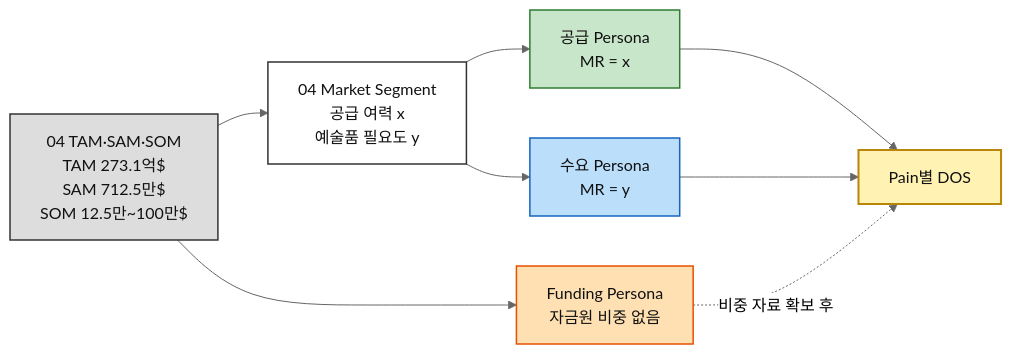
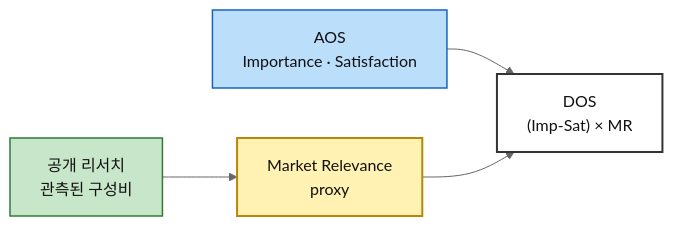
One commit to ahalenin12-art/business_research changed the first of 2 diagrams in 06-opportunity-score/분석-03-예술품-재분배-플랫폼-DOS.md. Above: the diagram before and after it, drawn with Mermaid (neutral theme). The commit also changed other lines of this file, not shown here.

````diff
--- a/06-opportunity-score/분석-03-예술품-재분배-플랫폼-DOS.md
+++ b/06-opportunity-score/분석-03-예술품-재분배-플랫폼-DOS.md
@@ -25,22 +25,15 @@
 ```mermaid
 flowchart LR
-    A["04 TAM·SAM·SOM<br/>TAM 273.1억$<br/>SAM 712.5만$<br/>SOM 12.5만~100만$"]:::t
-    B["04 Market Segment<br/>공급 여력 x<br/>예술품 필요도 y"]:::m
-    C["공급 Persona<br/>MR = x"]:::s
-    D["수요 Persona<br/>MR = y"]:::d
-    E["Funding Persona<br/>자금원 비중 없음"]:::f
-    F["Pain별 DOS"]:::r
+    A["AOS<br/>Importance · Satisfaction"]:::a
+    B["공개 리서치<br/>관측된 구성비"]:::b
+    C["Market Relevance<br/>proxy"]:::c
+    D["DOS<br/>(Imp-Sat) × MR"]:::d
 
-    A --> B
-    B --> C --> F
-    B --> D --> F
-    A --> E
-    E -.->|"비중 자료 확보 후"| F
+    A --> D
+    B --> C --> D
 
-    classDef t fill:#DDDDDD,stroke:#333,stroke-width:1.5px,color:#111;
-    classDef m fill:#FFFFFF,stroke:#333,stroke-width:1.5px,color:#111;
-    classDef s fill:#C8E6C9,stroke:#2E7D32,stroke-width:1.5px,color:#111;
-    classDef d fill:#BBDEFB,stroke:#1565C0,stroke-width:1.5px,color:#111;
-    classDef f fill:#FFE0B2,stroke:#E65100,stroke-width:1.5px,color:#111;
-    classDef r fill:#FFF2B2,stroke:#B8860B,stroke-width:2px,color:#111;
+    classDef a fill:#BBDEFB,stroke:#1565C0,stroke-width:1.5px,color:#111;
+    classDef b fill:#C8E6C9,stroke:#2E7D32,stroke-width:1.5px,color:#111;
+    classDef c fill:#FFF2B2,stroke:#B8860B,stroke-width:2px,color:#111;
+    classDef d fill:#FFFFFF,stroke:#333,stroke-width:2px,color:#111;
 ```
````
